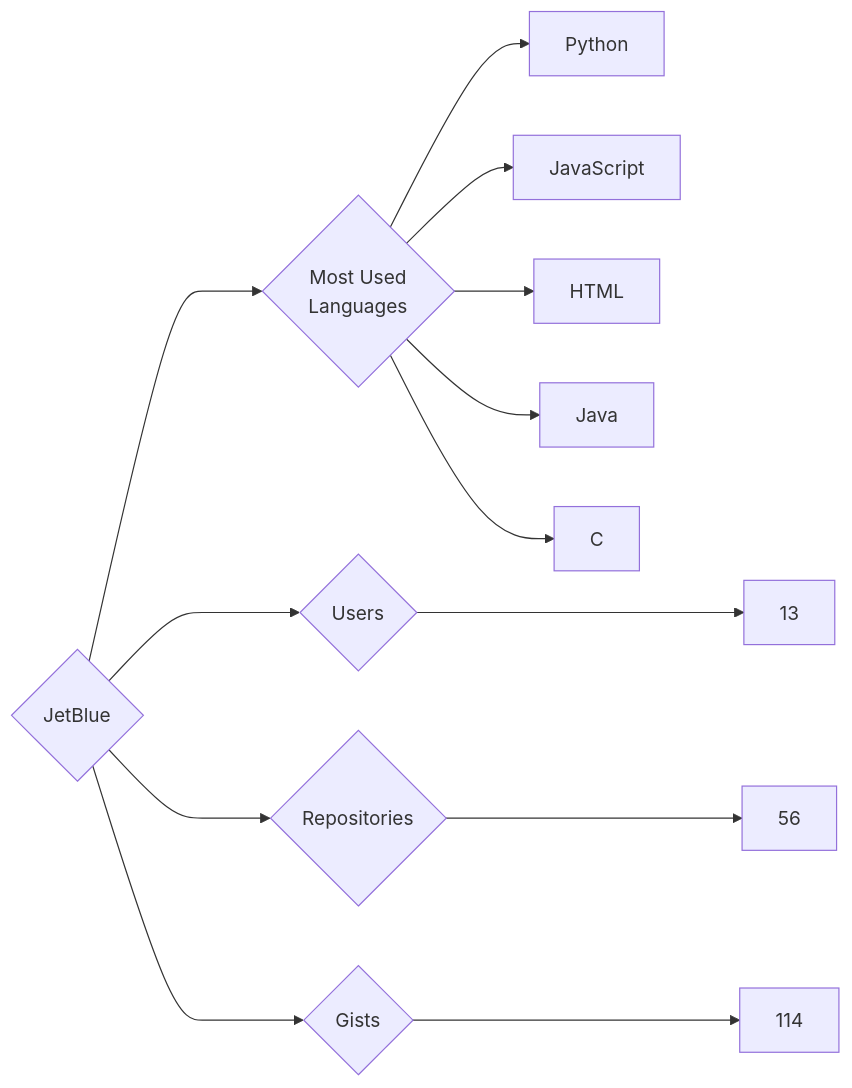
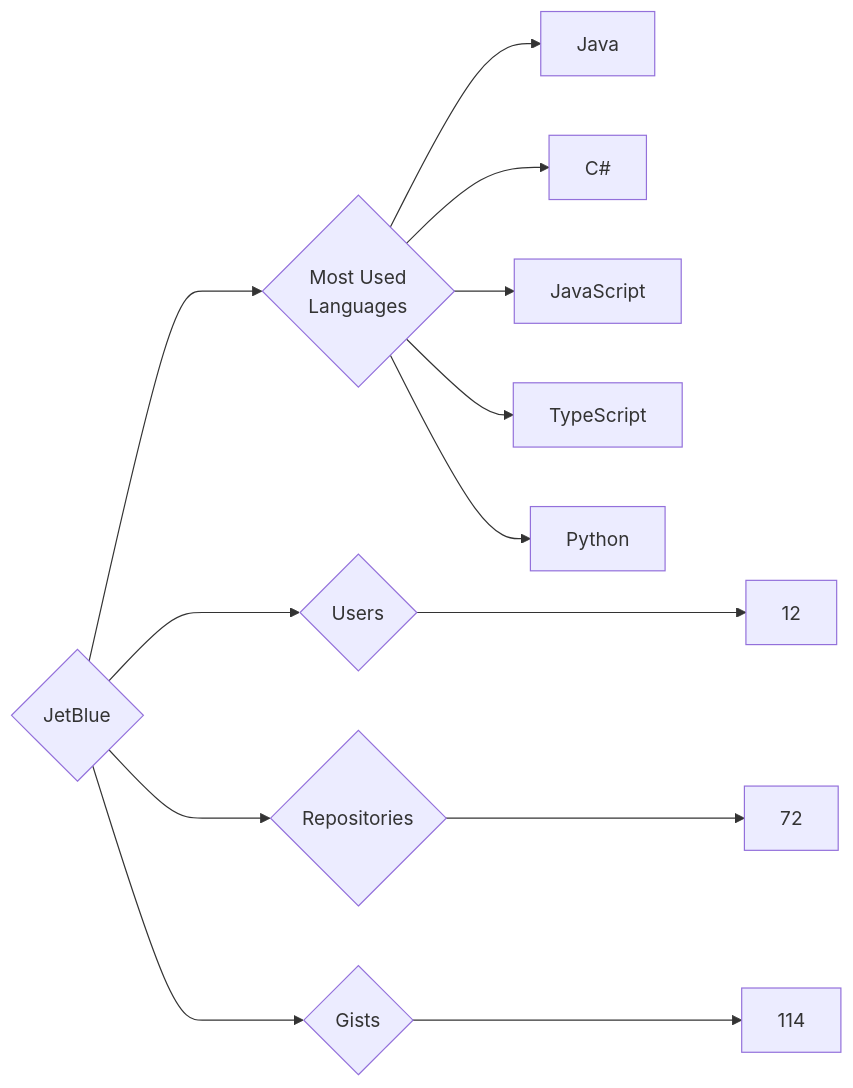
Before and after one commit to trickest/insiders: the diagram in targets/JetBlue/README.md, drawn with Mermaid. The commit also changed 870 other files, not shown here.

````diff
--- a/targets/JetBlue/README.md
+++ b/targets/JetBlue/README.md
@@ -3,13 +3,13 @@
 ```mermaid
 graph LR
 COMPANY_NAME{JetBlue}
-COMPANY_NAME ---> U{Users} ---> UN[13]
-COMPANY_NAME ---> R{Repositories} ---> RN[56]
+COMPANY_NAME ---> U{Users} ---> UN[12]
+COMPANY_NAME ---> R{Repositories} ---> RN[72]
 COMPANY_NAME ---> G{Gists} ---> GN[114]
 COMPANY_NAME ---> ML{Most Used<br>Languages}
+ML --> Java[Java]
+ML --> C#[C#]
+ML --> JavaScript[JavaScript]
+ML --> TypeScript[TypeScript]
 ML --> Python[Python]
-ML --> JavaScript[JavaScript]
-ML --> HTML[HTML]
-ML --> Java[Java]
-ML --> C[C]
 ```
````
